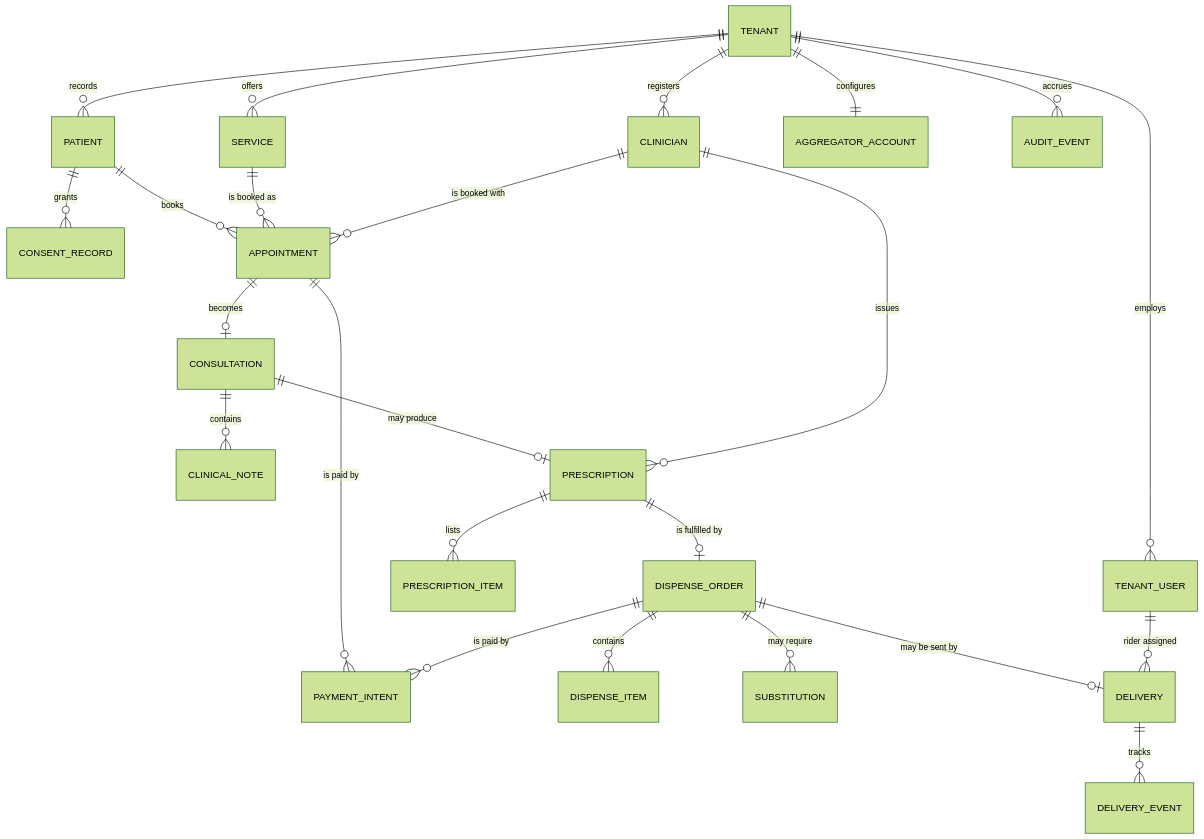
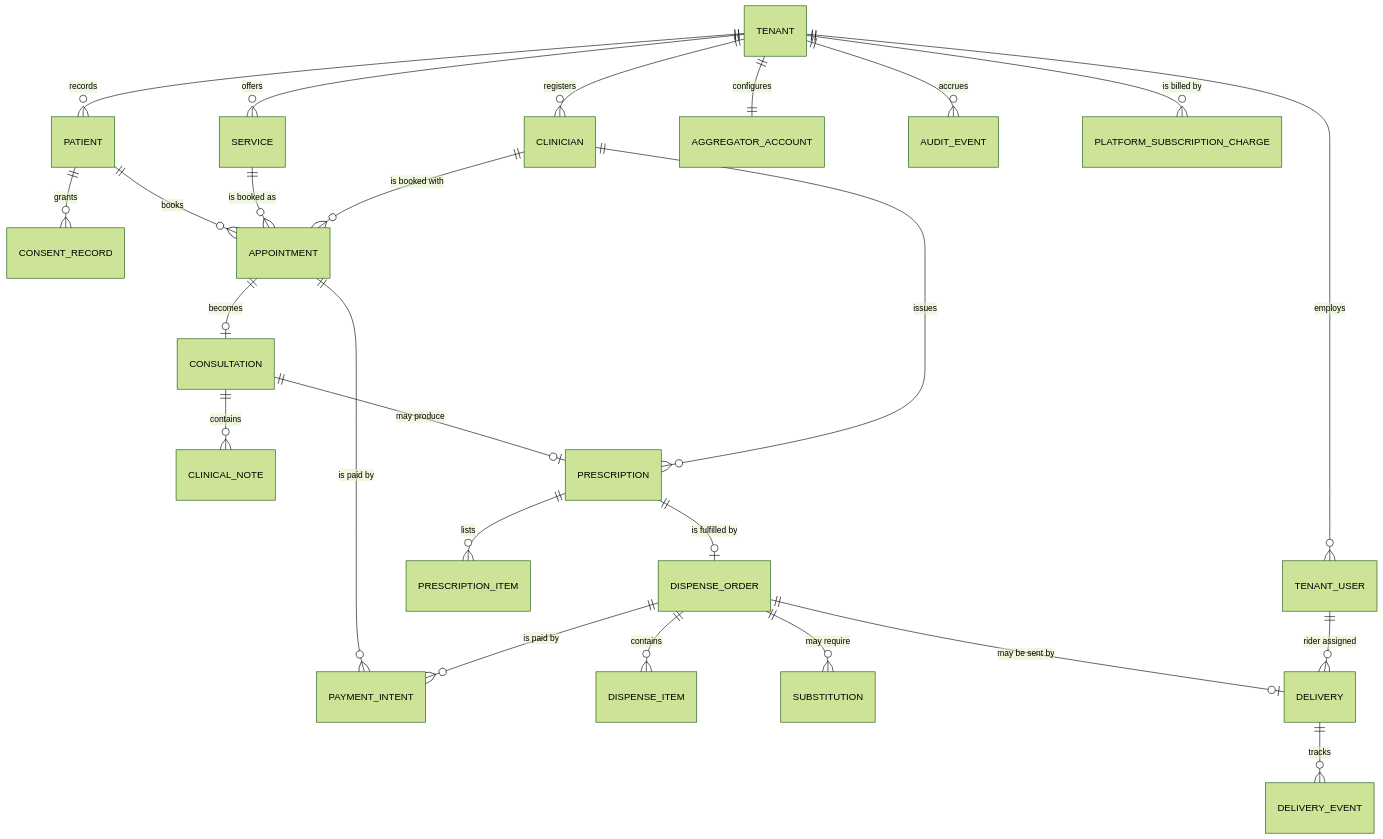
The first of 2 diagrams in docs/20-domain/domain-model.md (BAGOMBEKA-JOB-DEV/carevelo), drawn with Mermaid (forest theme) before and after one commit. The commit also changed other lines of this file and 69 other files, not shown here.

````diff
--- a/docs/20-domain/domain-model.md
+++ b/docs/20-domain/domain-model.md
@@ -11,33 +11,34 @@
 ```mermaid
 erDiagram
     TENANT ||--o{ TENANT_USER : employs
     TENANT ||--o{ CLINICIAN : registers
     TENANT ||--o{ SERVICE : offers
     TENANT ||--o{ PATIENT : records
     TENANT ||--|| AGGREGATOR_ACCOUNT : configures
     TENANT ||--o{ AUDIT_EVENT : accrues
+    TENANT ||--o{ PLATFORM_SUBSCRIPTION_CHARGE : "is billed by"
 
     PATIENT ||--o{ CONSENT_RECORD : grants
     PATIENT ||--o{ APPOINTMENT : books
 
     SERVICE ||--o{ APPOINTMENT : "is booked as"
     CLINICIAN ||--o{ APPOINTMENT : "is booked with"
 
     APPOINTMENT ||--o| CONSULTATION : "becomes"
     APPOINTMENT ||--o{ PAYMENT_INTENT : "is paid by"
 
     CONSULTATION ||--o{ CLINICAL_NOTE : contains
     CONSULTATION ||--o| PRESCRIPTION : "may produce"
     CLINICIAN ||--o{ PRESCRIPTION : issues
 
     PRESCRIPTION ||--o{ PRESCRIPTION_ITEM : lists
     PRESCRIPTION ||--o| DISPENSE_ORDER : "is fulfilled by"
 
     DISPENSE_ORDER ||--o{ DISPENSE_ITEM : contains
     DISPENSE_ORDER ||--o{ SUBSTITUTION : "may require"
     DISPENSE_ORDER ||--o{ PAYMENT_INTENT : "is paid by"
     DISPENSE_ORDER ||--o| DELIVERY : "may be sent by"
 
     DELIVERY ||--o{ DELIVERY_EVENT : tracks
     TENANT_USER ||--o{ DELIVERY : "rider assigned"
 ```
````
